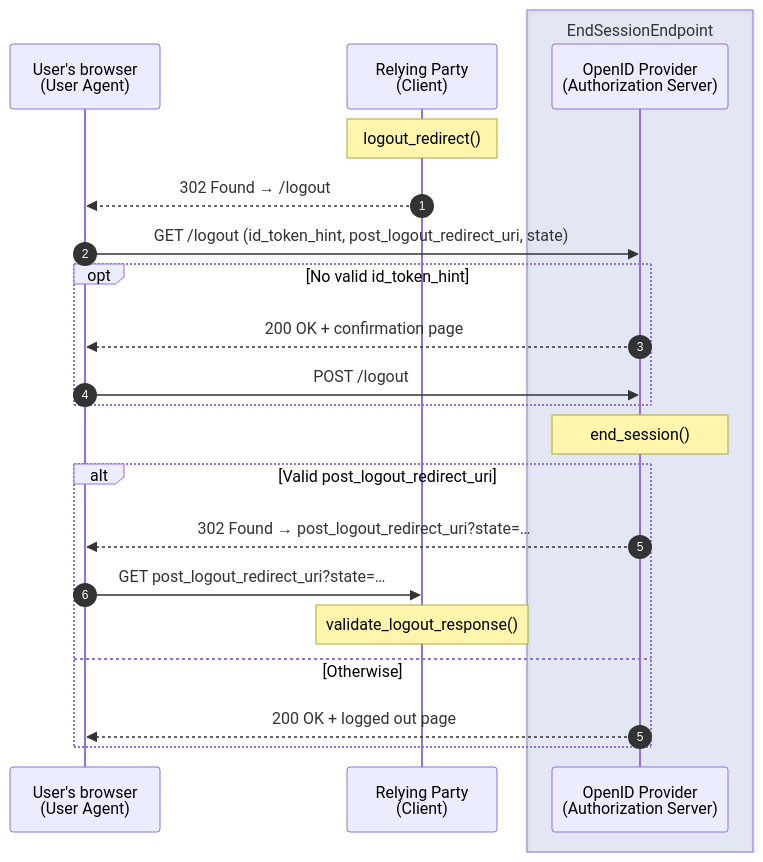
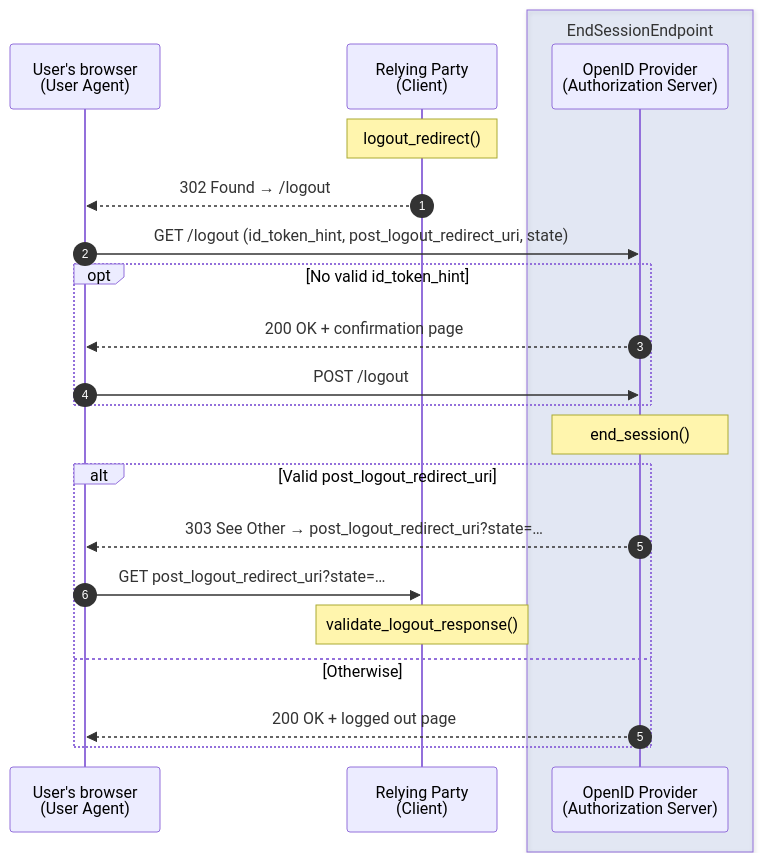
Before and after one commit to authlib/authlib: the diagram in docs/oauth2/specs/rpinitiated.rst, drawn with Mermaid. The commit also changed 14 other files, not shown here.

First line of the commit message:
fix(oauth): redirect with 303 See Other

```diff
--- a/docs/oauth2/specs/rpinitiated.rst
+++ b/docs/oauth2/specs/rpinitiated.rst
@@ -21,27 +21,27 @@
 .. mermaid::
 
     sequenceDiagram
         autonumber
         participant User as User's browser<br/>(User Agent)
         participant RP as Relying Party<br/>(Client)
         box rgba(80, 120, 220, 0.12) EndSessionEndpoint
             participant OP as OpenID Provider<br/>(Authorization Server)
         end
 
         Note over RP: logout_redirect()
         RP-->>User: 302 Found → /logout
         User->>OP: GET /logout (id_token_hint, post_logout_redirect_uri, state)
         opt No valid id_token_hint
             OP-->>User: 200 OK + confirmation page
             User->>OP: POST /logout
         end
         Note over OP: end_session()
         alt Valid post_logout_redirect_uri
             autonumber 5
-            OP-->>User: 302 Found → post_logout_redirect_uri?state=…
+            OP-->>User: 303 See Other → post_logout_redirect_uri?state=…
             User->>RP: GET post_logout_redirect_uri?state=…
             Note over RP: validate_logout_response()
         else Otherwise
             autonumber 5
             OP-->>User: 200 OK + logged out page
         end
```
